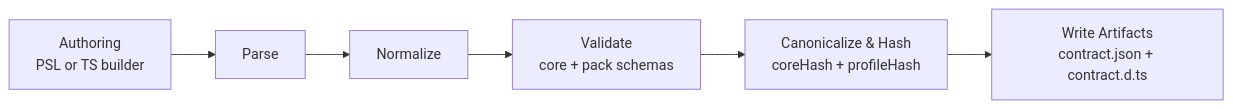
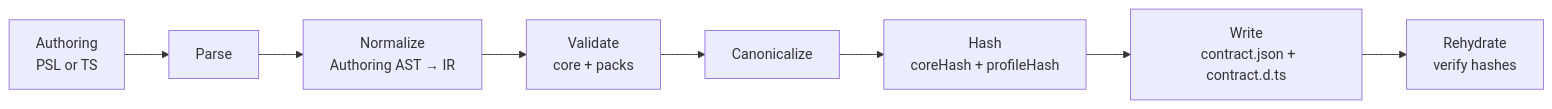
Before and after one commit to prisma/prisma-next: the diagram in docs/architecture docs/subsystems/2. Contract Emitter & Types.md, drawn with Mermaid. The commit also changed other lines of this file and 5 other files, not shown here.

````diff
--- a/docs/architecture docs/subsystems/2. Contract Emitter & Types.md
+++ b/docs/architecture docs/subsystems/2. Contract Emitter & Types.md
@@ -11,8 +110,16 @@
 ```mermaid
 flowchart LR
-  A[Authoring\nPSL or TS builder] --> P[Parse]
-  P --> N[Normalize]
-  N --> V[Validate\ncore + pack schemas]
-  V --> C[Canonicalize & Hash\ncoreHash + profileHash]
-  C --> W[Write Artifacts\ncontract.json + contract.d.ts]
+  A[Authoring
+  PSL or TS] --> P[Parse]
+  P --> N[Normalize
+  Authoring AST → IR]
+  N --> V[Validate
+  core + packs]
+  V --> C[Canonicalize]
+  C --> H[Hash
+  coreHash + profileHash]
+  H --> W[Write
+  contract.json + contract.d.ts]
+  W --> R[Rehydrate
+  verify hashes]
 ```
````
